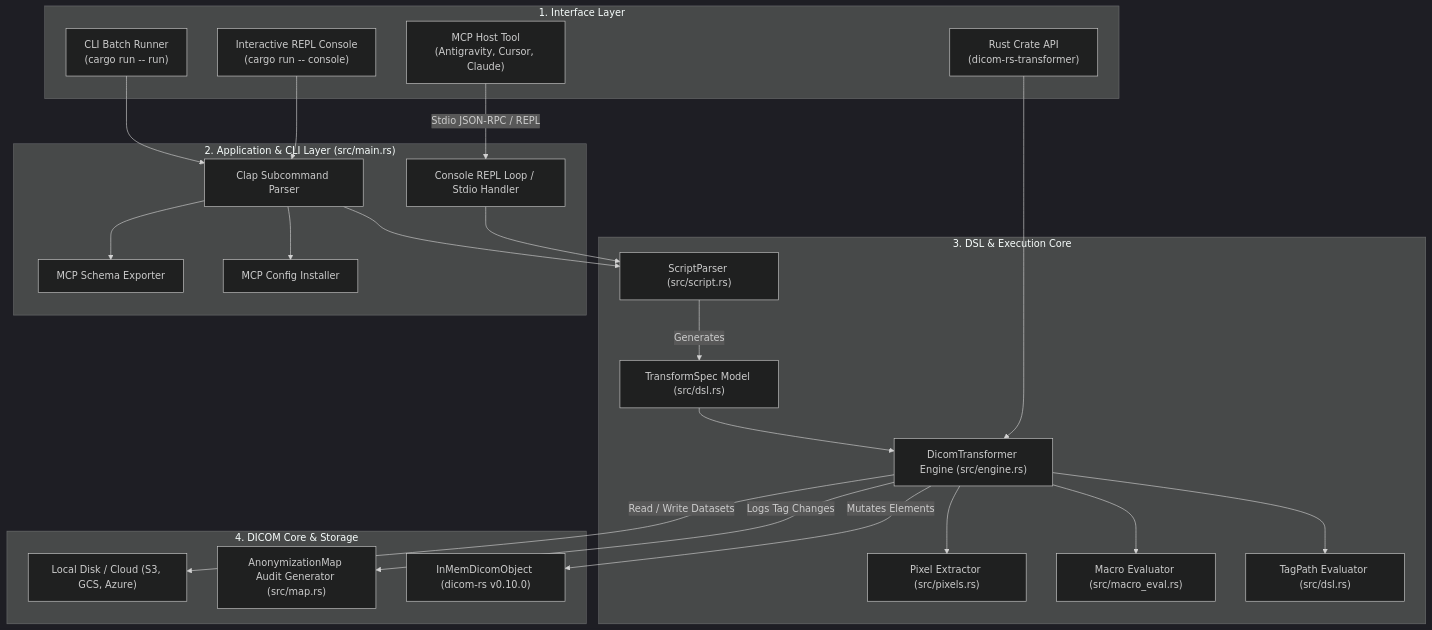
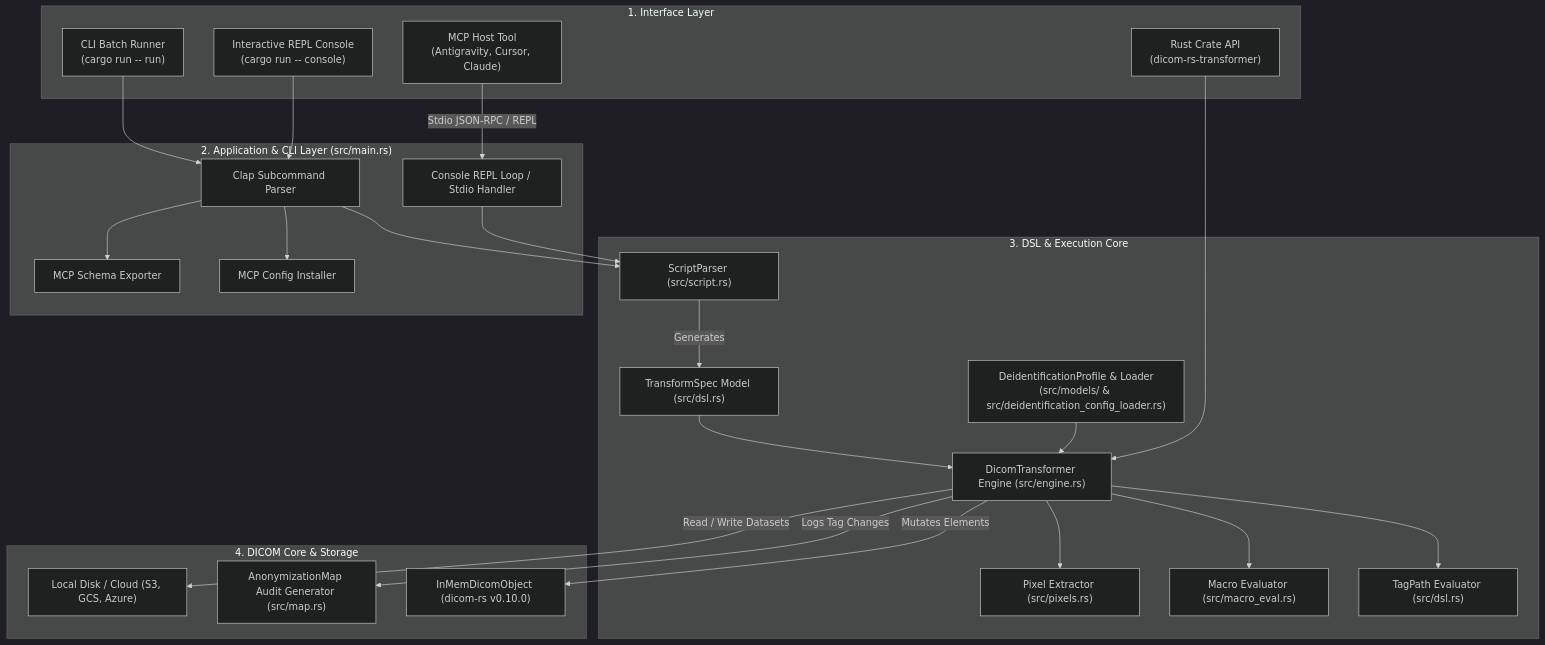
The first of 3 diagrams in docs/designs/gsdtc_010_system_design_specification.md (gosmart-health/dicom-rs-transformer), drawn with Mermaid (dark theme) before and after one commit. The commit also changed other lines of this file and 10 other files, not shown here.

````diff
--- a/docs/designs/gsdtc_010_system_design_specification.md
+++ b/docs/designs/gsdtc_010_system_design_specification.md
@@ -19,51 +19,53 @@
 ```mermaid
 flowchart TD
     subgraph InterfaceLayer ["1. Interface Layer"]
         CLI_RUN["CLI Batch Runner<br/>(cargo run -- run)"]
         CLI_CONSOLE["Interactive REPL Console<br/>(cargo run -- console)"]
         MCP_CLIENT["MCP Host Tool<br/>(Antigravity, Cursor, Claude)"]
         LIB_CONSUMER["Rust Crate API<br/>(dicom-rs-transformer)"]
     end
 
     subgraph ApplicationLayer ["2. Application & CLI Layer (src/main.rs)"]
         CLI_PARSER["Clap Subcommand Parser"]
         MCP_INSTALLER["MCP Config Installer"]
         SCHEMA_GEN["MCP Schema Exporter"]
         REPL_LOOP["Console REPL Loop / Stdio Handler"]
     end
 
     subgraph DSLEngine ["3. DSL & Execution Core"]
         SCRIPT_PARSER["ScriptParser (src/script.rs)"]
         TRANSFORM_SPEC["TransformSpec Model (src/dsl.rs)"]
+        DI_PROFILE["DeidentificationProfile & Loader<br/>(src/models/ & src/deidentification_config_loader.rs)"]
         TAGPATH_PARSER["TagPath Evaluator (src/dsl.rs)"]
         DICOM_TRANSFORMER["DicomTransformer Engine (src/engine.rs)"]
         MACRO_EVAL["Macro Evaluator (src/macro_eval.rs)"]
         PIXEL_EXTRACTOR["Pixel Extractor (src/pixels.rs)"]
     end
 
     subgraph TargetLayer ["4. DICOM Core & Storage"]
         DICOM_RS["InMemDicomObject (dicom-rs v0.10.0)"]
         AUDIT_MAP["AnonymizationMap Audit Generator (src/map.rs)"]
         STORAGE["Local Disk / Cloud (S3, GCS, Azure)"]
     end
 
     CLI_RUN --> CLI_PARSER
     CLI_CONSOLE --> CLI_PARSER
     MCP_CLIENT -->|Stdio JSON-RPC / REPL| REPL_LOOP
     LIB_CONSUMER --> DICOM_TRANSFORMER
 
     CLI_PARSER --> SCRIPT_PARSER
     CLI_PARSER --> MCP_INSTALLER
     CLI_PARSER --> SCHEMA_GEN
     REPL_LOOP --> SCRIPT_PARSER
 
     SCRIPT_PARSER -->|Generates| TRANSFORM_SPEC
     TRANSFORM_SPEC --> DICOM_TRANSFORMER
+    DI_PROFILE --> DICOM_TRANSFORMER
     DICOM_TRANSFORMER --> TAGPATH_PARSER
     DICOM_TRANSFORMER --> MACRO_EVAL
     DICOM_TRANSFORMER --> PIXEL_EXTRACTOR
 
     DICOM_TRANSFORMER -->|Mutates Elements| DICOM_RS
     DICOM_TRANSFORMER -->|Logs Tag Changes| AUDIT_MAP
     DICOM_TRANSFORMER -->|Read / Write Datasets| STORAGE
 ```
````
